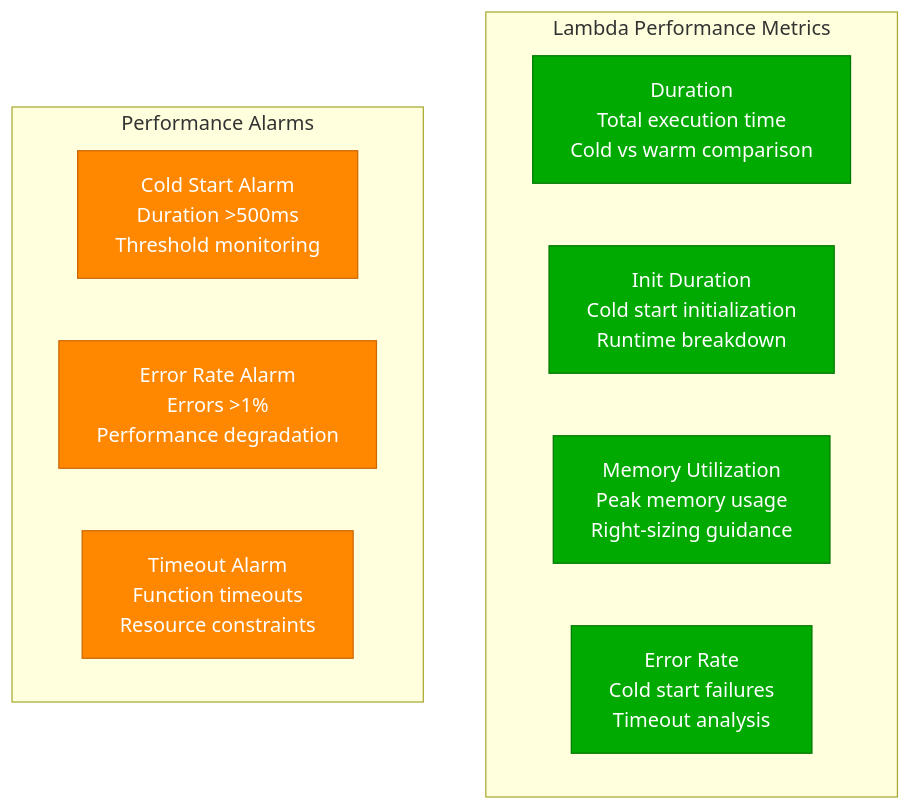
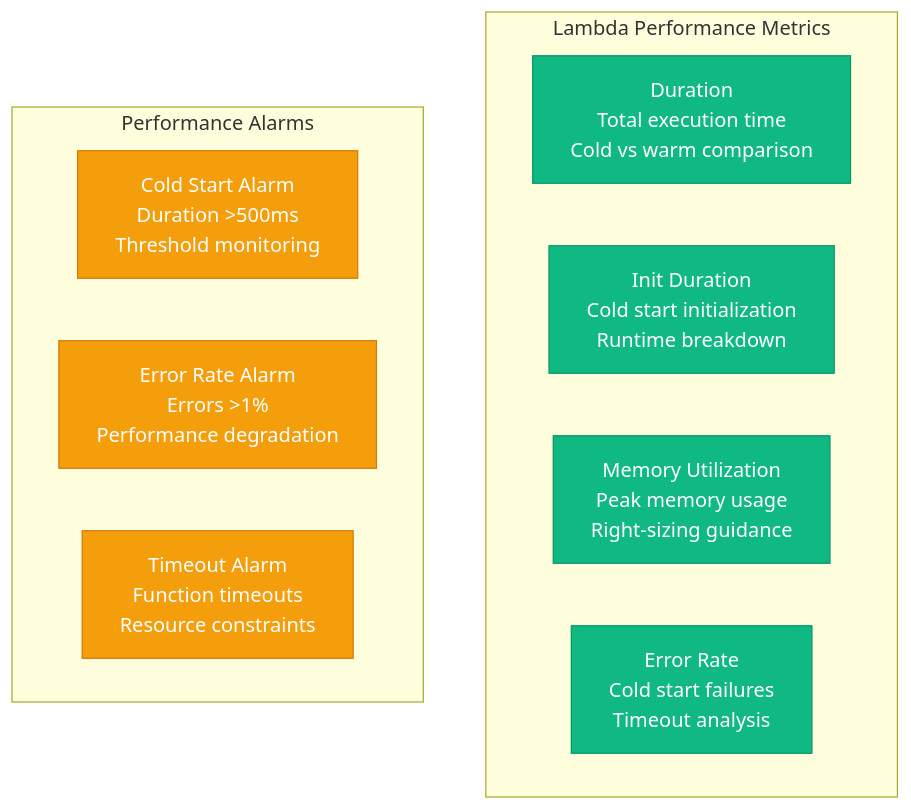
The sixth of 6 diagrams in site/docs/performance/lambda-cold-starts-performance.md (deepaucksharma/DS), drawn with Mermaid before and after one commit. The commit also changed other lines of this file and 187 other files, not shown here.

````diff
--- a/site/docs/performance/lambda-cold-starts-performance.md
+++ b/site/docs/performance/lambda-cold-starts-performance.md
@@ -414,21 +414,21 @@
 ```mermaid
 graph TB
     subgraph Metrics[Lambda Performance Metrics]
         DURATION[Duration<br/>Total execution time<br/>Cold vs warm comparison]
         INIT_DURATION[Init Duration<br/>Cold start initialization<br/>Runtime breakdown]
         MEMORY[Memory Utilization<br/>Peak memory usage<br/>Right-sizing guidance]
         ERRORS[Error Rate<br/>Cold start failures<br/>Timeout analysis]
     end
 
     subgraph Alarms[Performance Alarms]
         COLD_START[Cold Start Alarm<br/>Duration >500ms<br/>Threshold monitoring]
         ERROR_RATE[Error Rate Alarm<br/>Errors >1%<br/>Performance degradation]
         TIMEOUT[Timeout Alarm<br/>Function timeouts<br/>Resource constraints]
     end
 
-    classDef metricStyle fill:#00AA00,stroke:#007700,color:#fff
-    classDef alarmStyle fill:#FF8800,stroke:#CC6600,color:#fff
+    classDef metricStyle fill:#10B981,stroke:#059669,color:#fff
+    classDef alarmStyle fill:#F59E0B,stroke:#D97706,color:#fff
 
     class DURATION,INIT_DURATION,MEMORY,ERRORS metricStyle
     class COLD_START,ERROR_RATE,TIMEOUT alarmStyle
 ```
````
